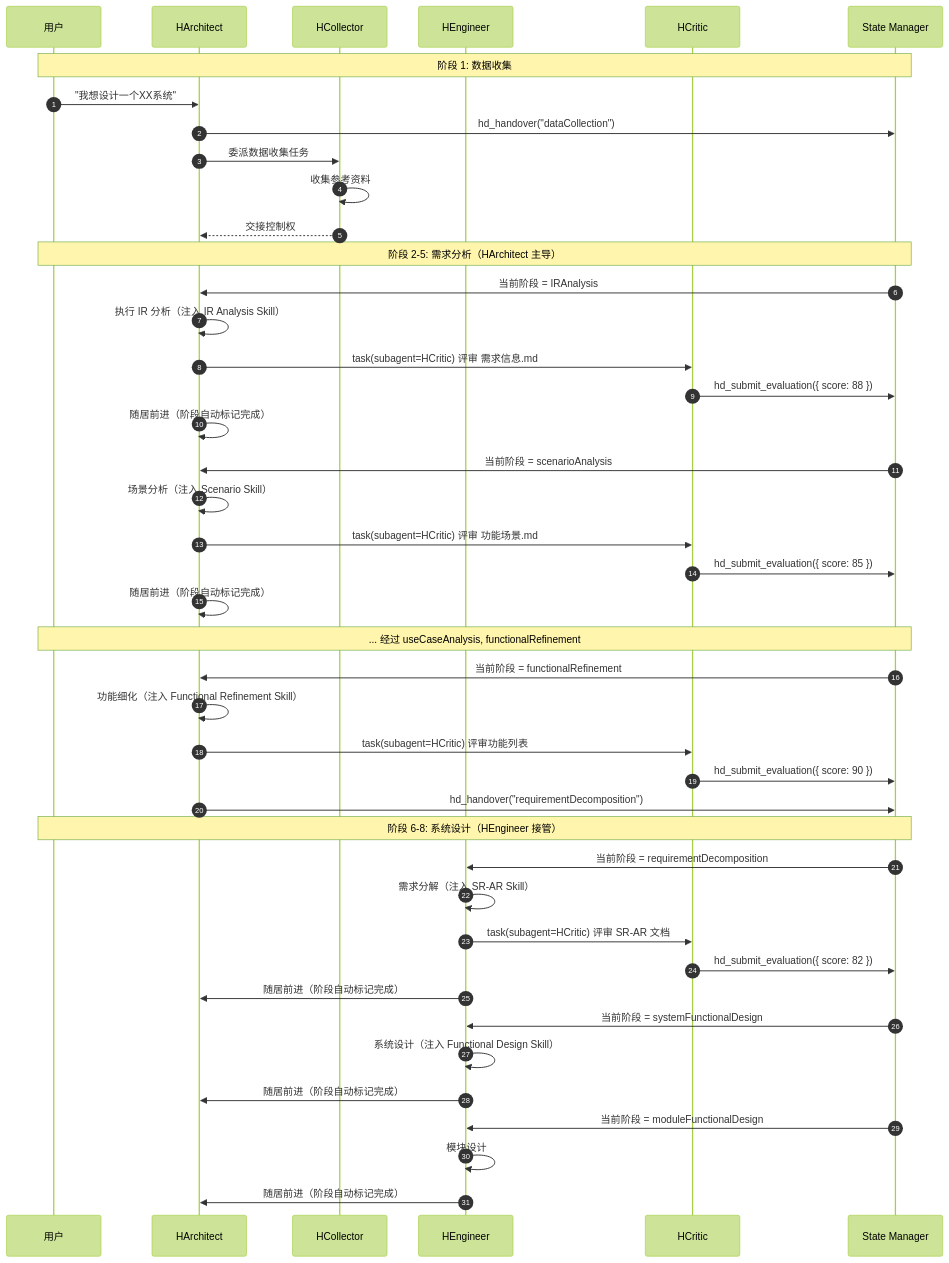
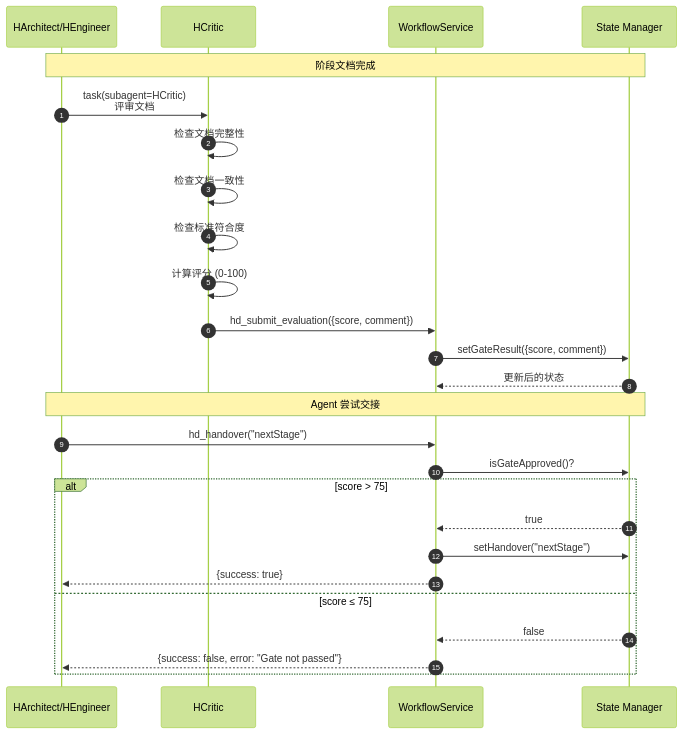
One commit to aiimoyu/hyper-designer changed the second of 4 diagrams in TECHNICAL_WIKI.md. Above: the diagram before and after it, drawn with Mermaid (forest theme). The commit also changed other lines of this file, not shown here.

````diff
--- a/TECHNICAL_WIKI.md
+++ b/TECHNICAL_WIKI.md
@@ -356,53 +323,33 @@
 ```mermaid
 sequenceDiagram
     autonumber
-    participant User as 用户
-    participant HA as HArchitect
-    participant HC as HCollector
-    participant HE as HEngineer
-    participant HCr as HCritic
+    participant Agent as HArchitect/HEngineer
+    participant Critic as HCritic
+    participant Service as WorkflowService
     participant State as State Manager
 
-    Note over User,State: 阶段 1: 数据收集
-    User->>HA: "我想设计一个XX系统"
-    HA->>State: hd_handover("dataCollection")
-    HA->>HC: 委派数据收集任务
-    HC->>HC: 收集参考资料
-    HC-->>HA: 交接控制权
-
-    Note over User,State: 阶段 2-5: 需求分析（HArchitect 主导）
-    State->>HA: 当前阶段 = IRAnalysis
-    HA->>HA: 执行 IR 分析（注入 IR Analysis Skill）
-HA->>HCr: task(subagent=HCritic) 评审 需求信息.md
-    HCr->>State: hd_submit_evaluation({ score: 88 })
-    HA->>HA: 随居前进（阶段自动标记完成）
-
-    State->>HA: 当前阶段 = scenarioAnalysis
-    HA->>HA: 场景分析（注入 Scenario Skill）
-    HA->>HCr: task(subagent=HCritic) 评审 功能场景.md
-    HCr->>State: hd_submit_evaluation({ score: 85 })
-    HA->>HA: 随居前进（阶段自动标记完成）
-
-    Note over User,State: ... 经过 useCaseAnalysis, functionalRefinement
-
-    State->>HA: 当前阶段 = functionalRefinement
-    HA->>HA: 功能细化（注入 Functional Refinement Skill）
-    HA->>HCr: task(subagent=HCritic) 评审功能列表
-    HCr->>State: hd_submit_evaluation({ score: 90 })
-    HA->>State: hd_handover("requirementDecomposition")
-
-    Note over User,State: 阶段 6-8: 系统设计（HEngineer 接管）
-    State->>HE: 当前阶段 = requirementDecomposition
-    HE->>HE: 需求分解（注入 SR-AR Skill）
-    HE->>HCr: task(subagent=HCritic) 评审 SR-AR 文档
-    HCr->>State: hd_submit_evaluation({ score: 82 })
-    HE->>HA: 随居前进（阶段自动标记完成）
-
-    State->>HE: 当前阶段 = systemFunctionalDesign
-    HE->>HE: 系统设计（注入 Functional Design Skill）
-    HE->>HA: 随居前进（阶段自动标记完成）
-
-    State->>HE: 当前阶段 = moduleFunctionalDesign
-    HE->>HE: 模块设计
-    HE->>HA: 随居前进（阶段自动标记完成）
+    Note over Agent,State: 阶段文档完成
+    Agent->>Critic: task(subagent=HCritic)<br/>评审文档
+    
+    Critic->>Critic: 检查文档完整性
+    Critic->>Critic: 检查文档一致性
+    Critic->>Critic: 检查标准符合度
+    Critic->>Critic: 计算评分 (0-100)
+    
+    Critic->>Service: hd_submit_evaluation({score, comment})
+    Service->>State: setGateResult({score, comment})
+    State-->>Service: 更新后的状态
+    
+    Note over Agent,State: Agent 尝试交接
+    Agent->>Service: hd_handover("nextStage")
+    Service->>State: isGateApproved()?
+    
+    alt score > 75
+        State-->>Service: true
+        Service->>State: setHandover("nextStage")
+        Service-->>Agent: {success: true}
+    else score ≤ 75
+        State-->>Service: false
+        Service-->>Agent: {success: false, error: "Gate not passed"}
+    end
 ```
````
